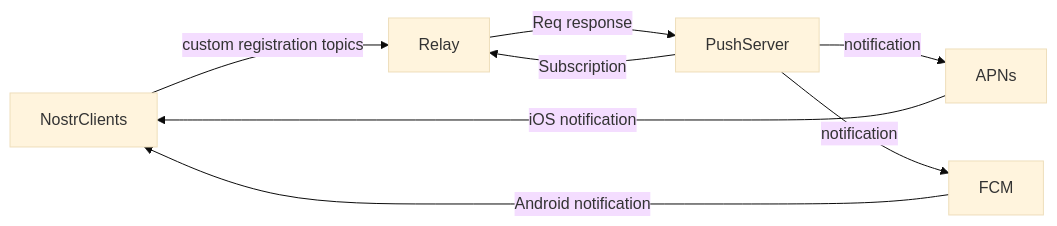
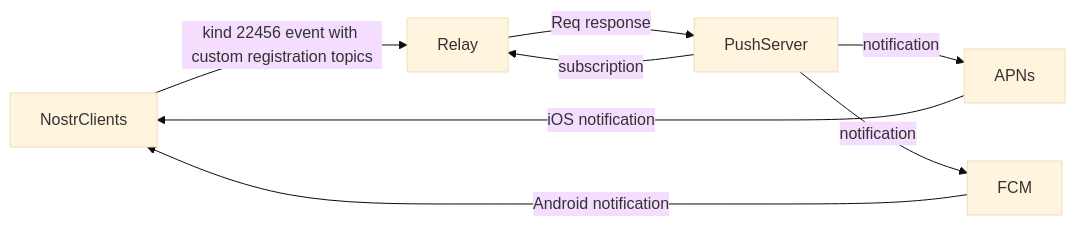
The diagram in doc/nofitications.md (0xchat-app/0xchat-core), drawn with Mermaid (base theme) before and after one commit.

````diff
--- a/doc/nofitications.md
+++ b/doc/nofitications.md
@@ -12,7 +12,7 @@
 ```mermaid
 flowchart LR
-    NostrClients --> |custom registration topics| Relay  
+    NostrClients --> |kind 22456 event with custom registration topics| Relay  
     Relay --> |Req response| PushServer--> |notification| APNs --> |iOS notification| NostrClients
     PushServer --> |notification| FCM--> |Android notification| NostrClients
-    PushServer --> |Subscription |Relay
+    PushServer --> |subscription |Relay
 ```
````
